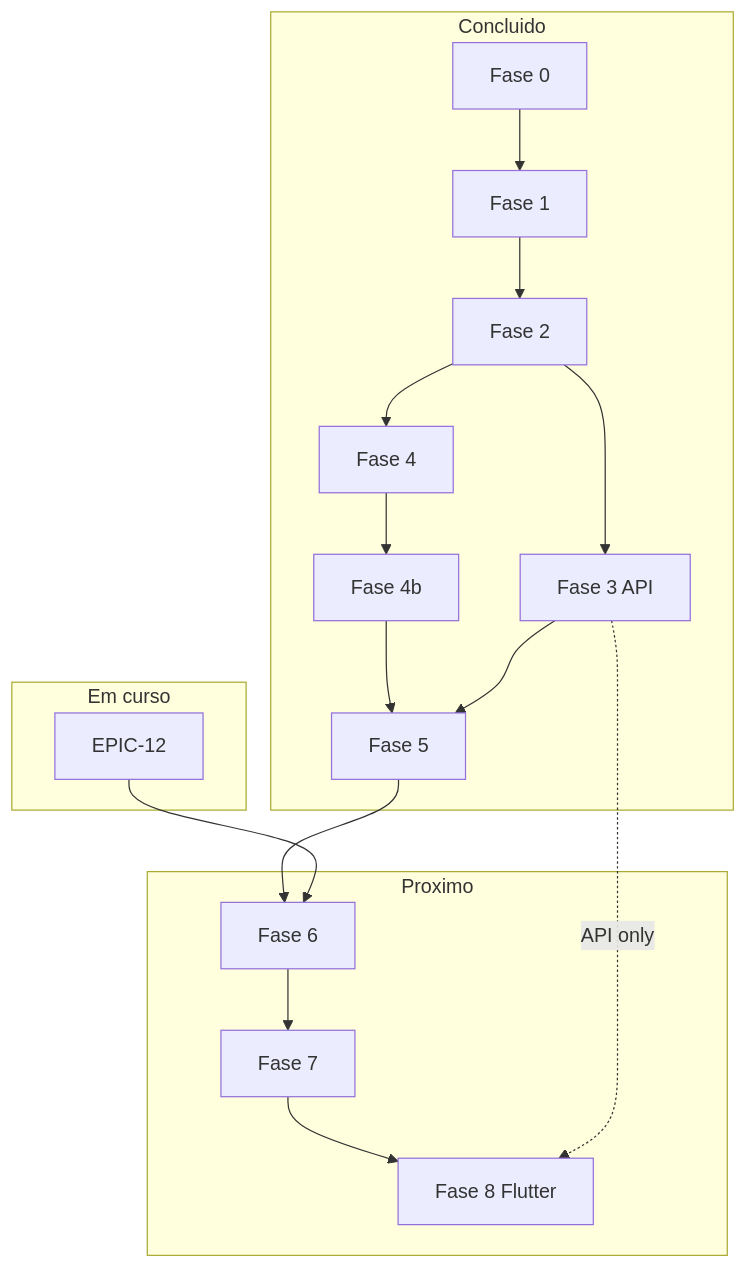
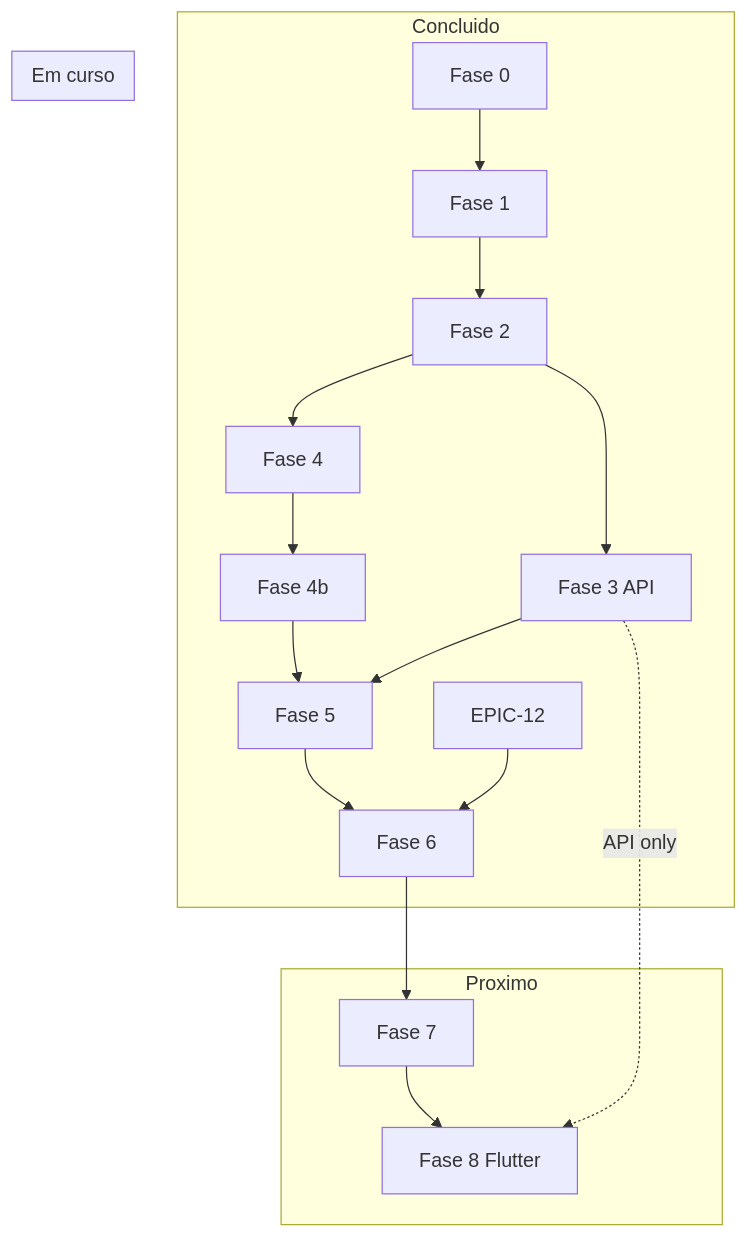
The diagram in docs/roteiro-organizado-fases-epicos.md (tiagocassio/cidadaobr), drawn with Mermaid before and after one commit. The commit also changed other lines of this file and 52 other files, not shown here.

First line of the commit message:
feat(fase-6): PEC HTTP LEDI, walk-in reference codes e EPIC-12 stretch

````diff
--- a/docs/roteiro-organizado-fases-epicos.md
+++ b/docs/roteiro-organizado-fases-epicos.md
@@ -36,27 +36,27 @@
 ```mermaid
 flowchart TB
   subgraph done [Concluido]
     F0[Fase 0]
     F1[Fase 1]
     F2[Fase 2]
     F3[Fase 3 API]
     F4[Fase 4]
     F4b[Fase 4b]
     F5[Fase 5]
+    E12[EPIC-12]
+    F6[Fase 6]
   end
   subgraph wip [Em curso]
-    E12[EPIC-12]
   end
   subgraph next [Proximo]
-    F6[Fase 6]
     F7[Fase 7]
     F8[Fase 8 Flutter]
   end
   F0 --> F1 --> F2 --> F3
   F2 --> F4 --> F4b --> F5
   F3 --> F5
   F5 --> F6
   E12 --> F6
   F6 --> F7 --> F8
   F3 -.->|API only| F8
 ```
````
